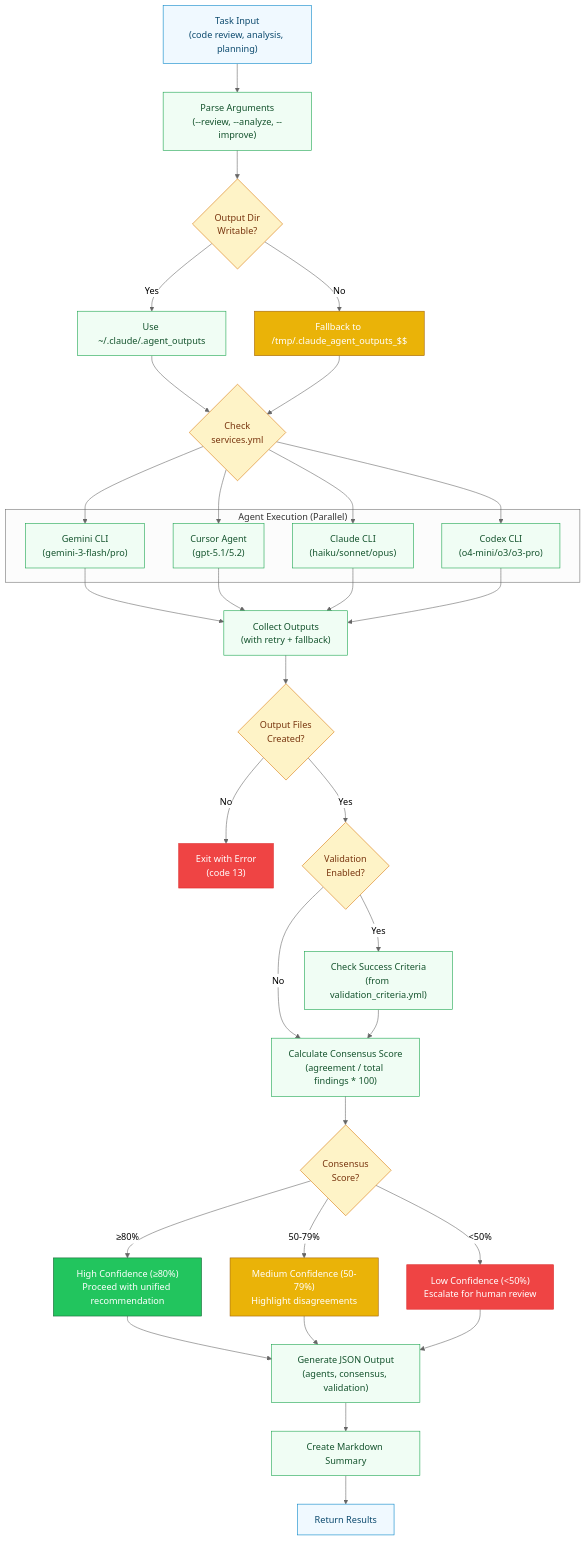
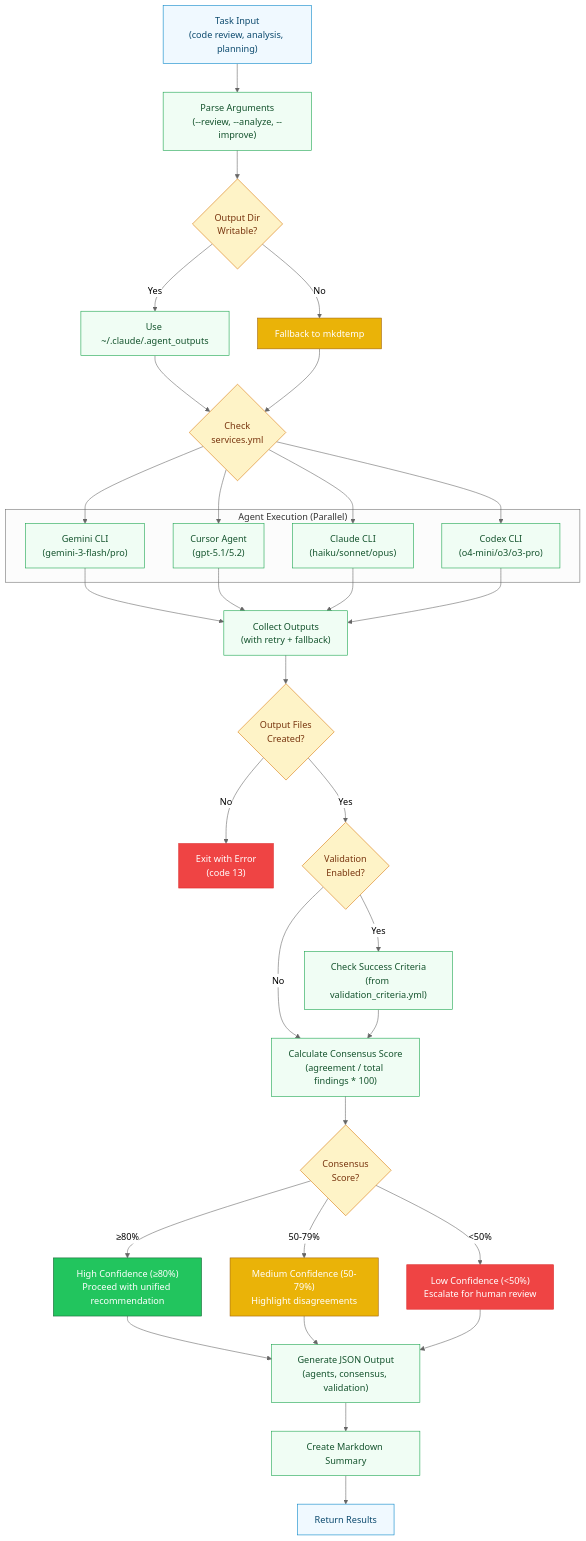
The fifth of 13 diagrams in docs/ARCHITECTURE_DIAGRAMS.md (RB-chrismandich/Manifest), drawn with Mermaid before and after one commit. The commit also changed other lines of this file and 4 other files, not shown here.

```diff
--- a/docs/ARCHITECTURE_DIAGRAMS.md
+++ b/docs/ARCHITECTURE_DIAGRAMS.md
@@ -440,7 +440,7 @@
 
     SANDBOX_CHECK{"Output Dir<br/>Writable?"}:::decision
     DEFAULT_DIR["Use ~/.claude/.agent_outputs"]:::process
-    FALLBACK_DIR["Fallback to /tmp/.claude_agent_outputs_$$"]:::warning
+    FALLBACK_DIR["Fallback to mkdtemp"]:::warning
 
     CHECK_SERVICES{"Check<br/>services.yml"}:::decision
 
```
